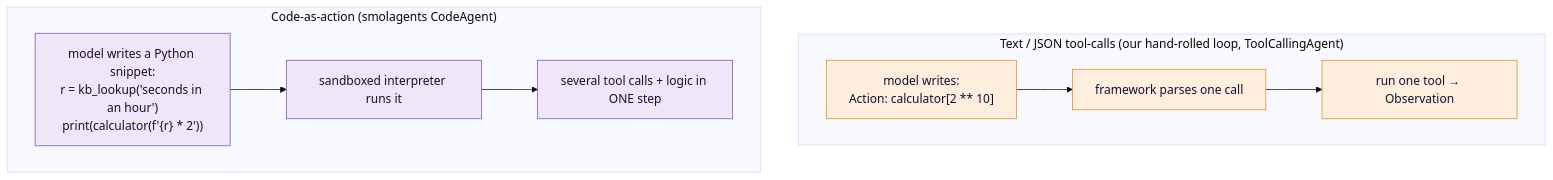
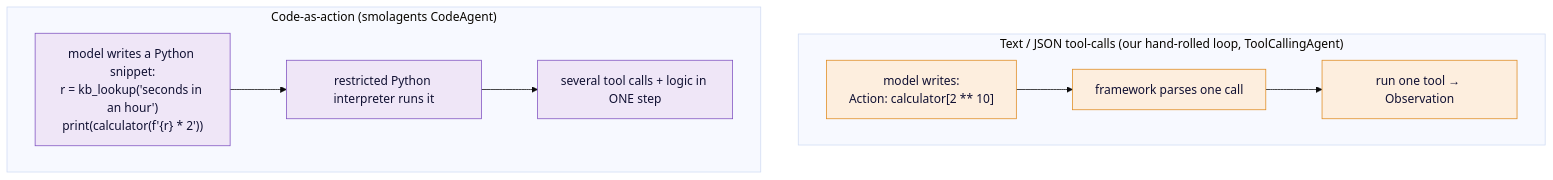
Before and after one commit to wynch/ml-course: the second of 2 diagrams in modules/10-agents/README.md, drawn with Mermaid (base theme). The commit also changed other lines of this file and 1176 other files, not shown here.

````diff
--- a/modules/10-agents/README.md
+++ b/modules/10-agents/README.md
@@ -68,13 +68,13 @@
 ```mermaid
 flowchart TB
     subgraph J["Text / JSON tool-calls (our hand-rolled loop, ToolCallingAgent)"]
         J1["model writes:<br/>Action: calculator[2 ** 10]"] --> J2["framework parses one call"] --> J3["run one tool → Observation"]
     end
     subgraph C["Code-as-action (smolagents CodeAgent)"]
-        C1["model writes a Python snippet:<br/>r = kb_lookup('seconds in an hour')<br/>print(calculator(f'{r} * 2'))"] --> C2["sandboxed interpreter runs it"] --> C3["several tool calls + logic in ONE step"]
+        C1["model writes a Python snippet:<br/>r = kb_lookup('seconds in an hour')<br/>print(calculator(f'{r} * 2'))"] --> C2["restricted Python interpreter runs it"] --> C3["several tool calls + logic in ONE step"]
     end
     classDef a fill:#fdeede,stroke:#e08a1e,color:#113;
     classDef b fill:#efe6f7,stroke:#7d4fc0,color:#113;
     class J1,J2,J3 a;
     class C1,C2,C3 b;
 ```
````
